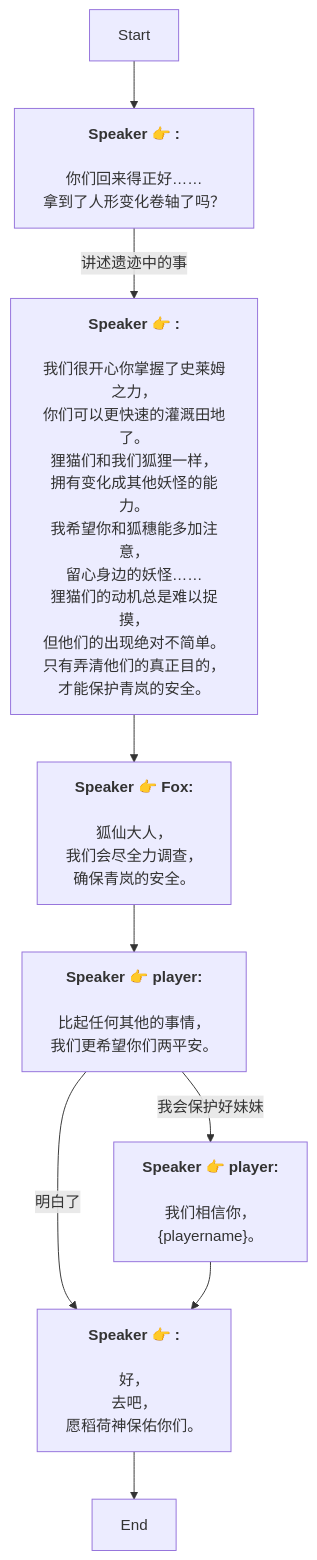
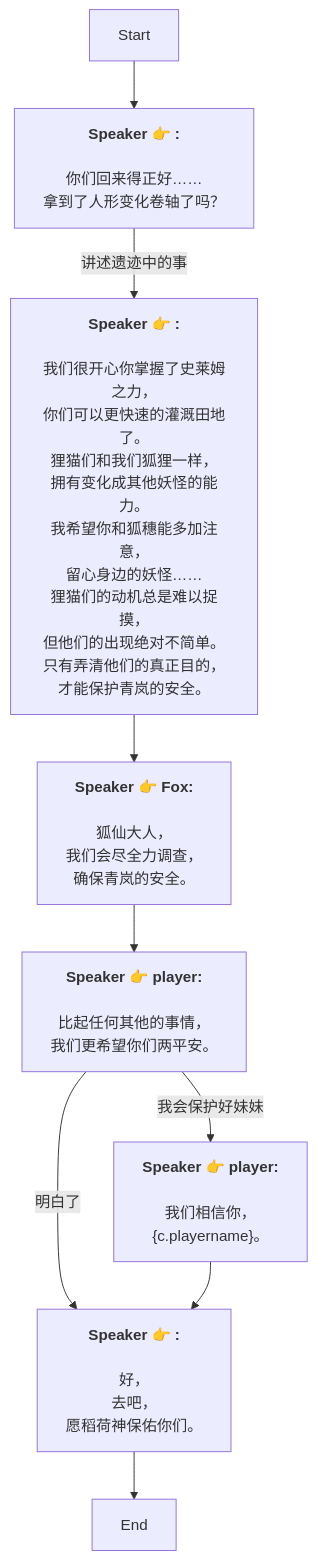
The diagram in Zh/QuestTalkObjectiveNode_1761909999151349.md (SoftHu/tos_avg), drawn with Mermaid before and after one commit. The commit also changed 410 other files, not shown here.

````diff
--- a/Zh/QuestTalkObjectiveNode_1761909999151349.md
+++ b/Zh/QuestTalkObjectiveNode_1761909999151349.md
@@ -1,33 +1,33 @@
 ```mermaid
 graph
 Start -->1761910727852289[<b>Speaker 👉 :</b>
 \n你们回来得正好……
 拿到了人形变化卷轴了吗？]
 1761910727852289 -->|讲述遗迹中的事|1761910898746629[<b>Speaker 👉 :</b>
 \n我们很开心你掌握了史莱姆之力，
 你们可以更快速的灌溉田地了。\n狸猫们和我们狐狸一样，
 拥有变化成其他妖怪的能力。\n我希望你和狐穗能多加注意，
 留心身边的妖怪……\n狸猫们的动机总是难以捉摸，
 但他们的出现绝对不简单。\n只有弄清他们的真正目的，
 才能保护青岚的安全。]
 1761910898746629 -->1761910989212934[<b>Speaker 👉 Fox:</b>
 \n狐仙大人，
 我们会尽全力调查，
 确保青岚的安全。]
 1761910989212934 -->1761911109766407[<b>Speaker 👉 player:</b>
 \n比起任何其他的事情，
 我们更希望你们两平安。]
 1761911109766407 -->|明白了|1761911280317707[<b>Speaker 👉 :</b>
 \n好，
 去吧，
 愿稻荷神保佑你们。]
 1761911109766407 -->|我会保护好妹妹|1761911308834062[<b>Speaker 👉 player:</b>
 \n我们相信你，
-&lbrace;playername&rbrace;。]
+&lbrace;c.playername&rbrace;。]
 1761911280317707 -->1761911318607119[End]
 1761911308834062 -->1761911280317707[<b>Speaker 👉 :</b>
 \n好，
 去吧，
 愿稻荷神保佑你们。]
 
 ```
````
